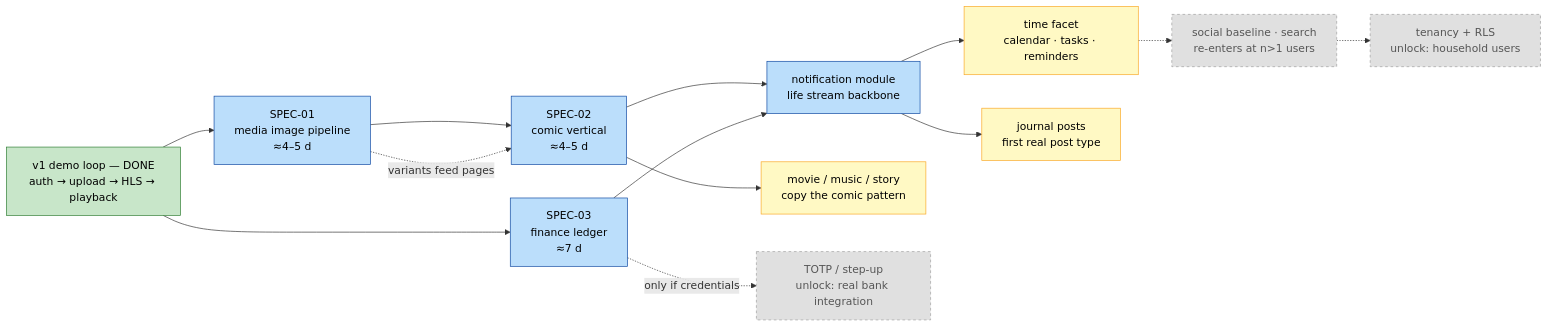
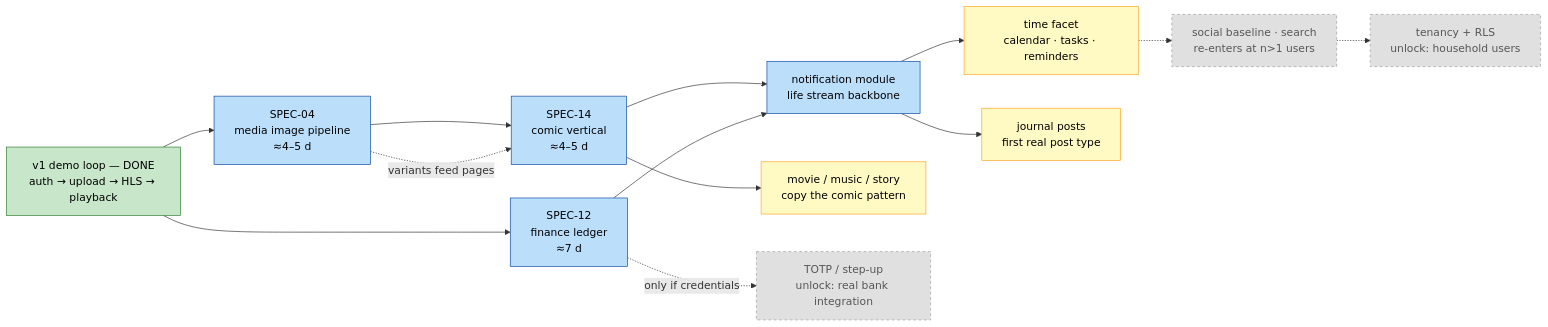
One commit to jackone2991/portal changed the eighth of 8 diagrams in docs/architecture/diagrams.md. Above: the diagram before and after it, drawn with Mermaid. The commit also changed other lines of this file and 49 other files, not shown here.

````diff
--- a/docs/architecture/diagrams.md
+++ b/docs/architecture/diagrams.md
@@ -415,34 +415,34 @@
 ```mermaid
 graph LR
     classDef done fill:#c8e6c9,stroke:#2e7d32,color:#000
     classDef next fill:#bbdefb,stroke:#0d47a1,color:#000
     classDef later fill:#fff9c4,stroke:#f9a825,color:#000
     classDef deferred fill:#e0e0e0,stroke:#9e9e9e,color:#555,stroke-dasharray:4
 
     V1[v1 demo loop — DONE<br/>auth → upload → HLS → playback]:::done
 
-    S1[SPEC-01<br/>media image pipeline<br/>≈4–5 d]:::next
-    S2[SPEC-02<br/>comic vertical<br/>≈4–5 d]:::next
-    S3[SPEC-03<br/>finance ledger<br/>≈7 d]:::next
+    S1[SPEC-04<br/>media image pipeline<br/>≈4–5 d]:::next
+    S2[SPEC-14<br/>comic vertical<br/>≈4–5 d]:::next
+    S3[SPEC-12<br/>finance ledger<br/>≈7 d]:::next
     N[notification module<br/>life stream backbone]:::next
 
     TIME[time facet<br/>calendar · tasks · reminders]:::later
     VERT[movie / music / story<br/>copy the comic pattern]:::later
     JRN[journal posts<br/>first real post type]:::later
 
     SOC[social baseline · search<br/>re-enters at n>1 users]:::deferred
     TOTP[TOTP / step-up<br/>unlock: real bank integration]:::deferred
     TEN[tenancy + RLS<br/>unlock: household users]:::deferred
 
     V1 --> S1 --> S2
     S1 -.variants feed pages.-> S2
     V1 --> S3
     S2 --> N
     S3 --> N
     N --> TIME
     S2 --> VERT
     N --> JRN
     TIME -.-> SOC
     S3 -.only if credentials.-> TOTP
     SOC -.-> TEN
 ```
````
